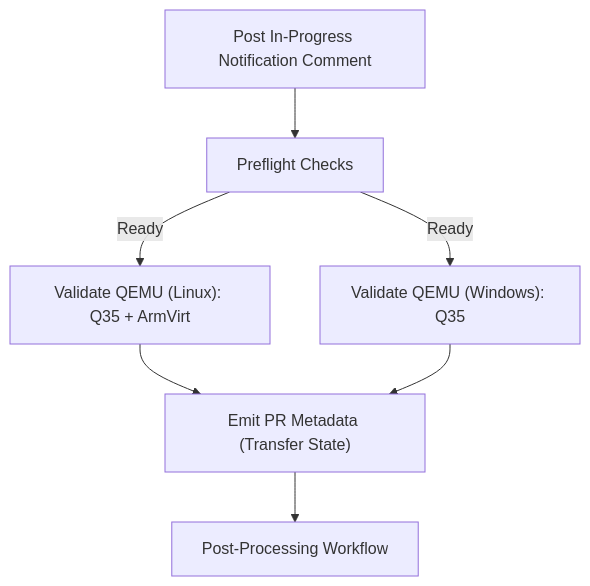
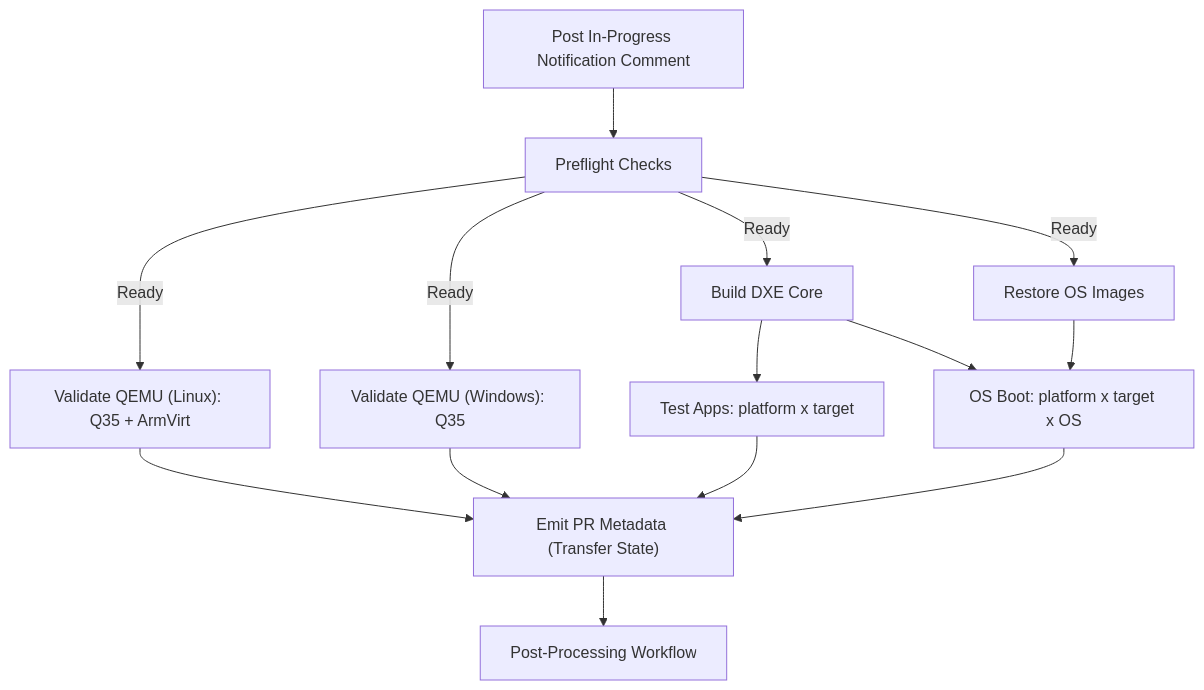
Before and after one commit to OpenDevicePartnership/patina: the second of 3 diagrams in docs/src/dev/testing/qemu_pr_validation.md, drawn with Mermaid. The commit also changed other lines of this file and 3 other files, not shown here.

First line of the commit message:
docs: Describe test apps and OS boot in QEMU PR validation (#2023)

````diff
--- a/docs/src/dev/testing/qemu_pr_validation.md
+++ b/docs/src/dev/testing/qemu_pr_validation.md
@@ -123,9 +134,16 @@
 ```mermaid
 flowchart TD
     N["Post In-Progress Notification Comment"] --> P["Preflight Checks"]
     P -->|Ready| L["Validate QEMU (Linux): Q35 + ArmVirt"]
     P -->|Ready| W["Validate QEMU (Windows): Q35"]
+    P -->|Ready| B["Build DXE Core"]
+    P -->|Ready| R["Restore OS Images"]
+    B --> T["Test Apps: platform x target"]
+    B --> O["OS Boot: platform x target x OS"]
+    R --> O
     L --> M["Emit PR Metadata (Transfer State)"]
     W --> M
+    T --> M
+    O --> M
     M --> Post["Post-Processing Workflow"]
 ```
````
